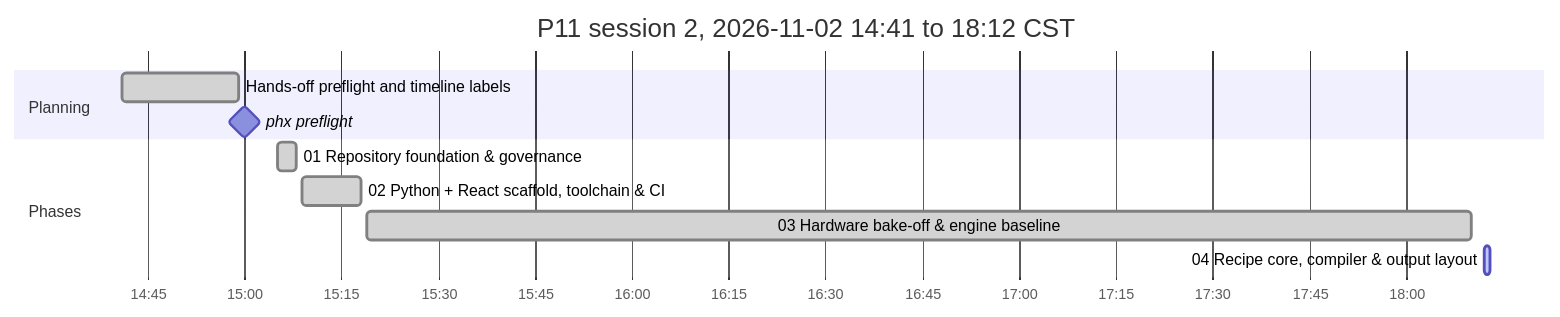
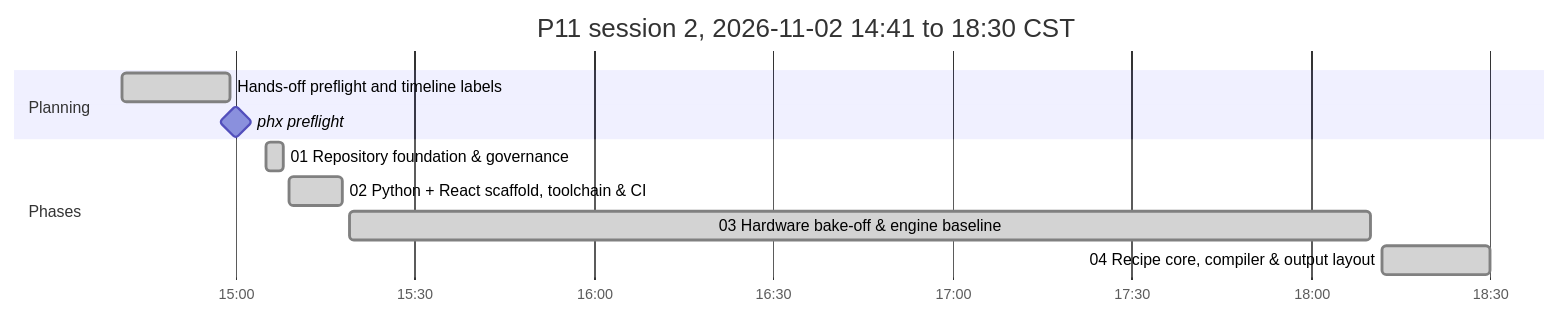
The second of 2 diagrams in P11_IMPLEMENTATION_PLAN.md (antonizick/project1111), drawn with Mermaid before and after one commit. The commit also changed other lines of this file and 1 other file, not shown here.

Commit message:
docs(plan): refresh timeline

````diff
--- a/P11_IMPLEMENTATION_PLAN.md
+++ b/P11_IMPLEMENTATION_PLAN.md
@@ -74,14 +74,14 @@
 ```mermaid
 gantt
-    title P11 session 2, 2026-11-02 14:41 to 18:12 CST
+    title P11 session 2, 2026-11-02 14:41 to 18:30 CST
     dateFormat YYYY-MM-DD HH:mm
     axisFormat %H:%M
     section Planning
     Hands-off preflight and timeline labels :done, plan3, 2026-11-02 14:41, 2026-11-02 14:59
     phx preflight :milestone, pf13ee0d5, 2026-11-02 15:00, 0m
     section Phases
     01 Repository foundation & governance :done, p01s2, 2026-11-02 15:05, 2026-11-02 15:08
     02 Python + React scaffold, toolchain & CI :done, p02s2, 2026-11-02 15:09, 2026-11-02 15:18
     03 Hardware bake-off & engine baseline :done, p03s2, 2026-11-02 15:19, 2026-11-02 18:10
-    04 Recipe core, compiler & output layout :active, p04s2, 2026-11-02 18:12, 2026-11-02 18:13
+    04 Recipe core, compiler & output layout :done, p04s2, 2026-11-02 18:12, 2026-11-02 18:30
 ```
````
